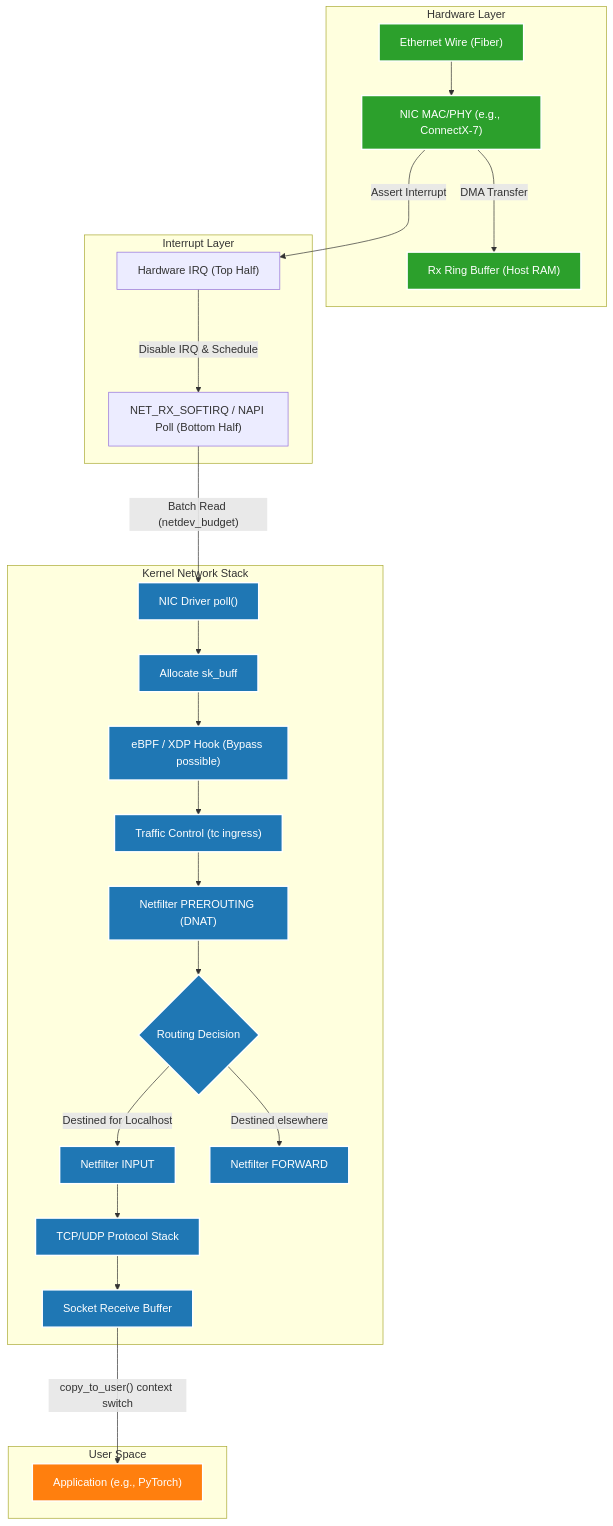
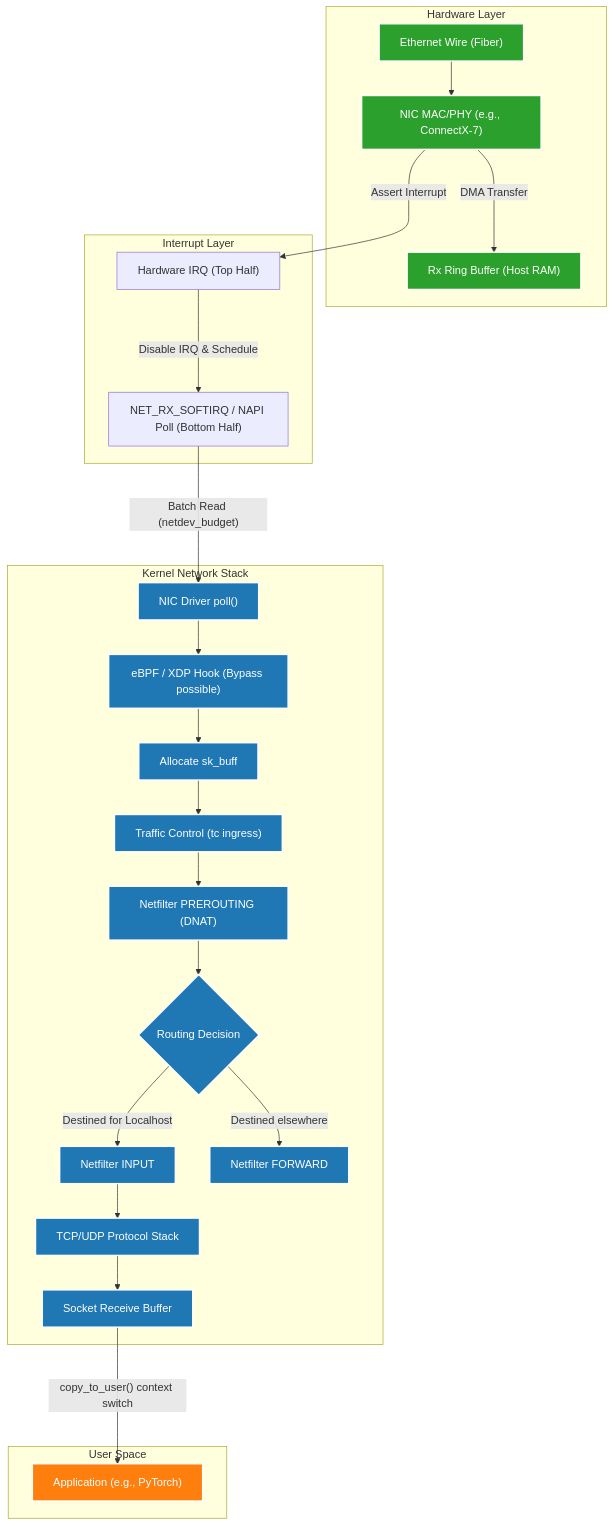
The first of 3 diagrams in docs/volume-01/03-linux-networking-masterclass.md (jithinpnjm/nvidia-devops), drawn with Mermaid before and after one commit. The commit also changed other lines of this file and 289 other files, not shown here.

````diff
--- a/docs/volume-01/03-linux-networking-masterclass.md
+++ b/docs/volume-01/03-linux-networking-masterclass.md
@@ -59,55 +59,55 @@
 ```mermaid
 flowchart TD
     subgraph Hardware["Hardware Layer"]
         Wire["Ethernet Wire (Fiber)"]
         NIC["NIC MAC/PHY (e.g., ConnectX-7)"]
         RxRing["Rx Ring Buffer (Host RAM)"]
     end
 
     subgraph IRQ["Interrupt Layer"]
         HardIRQ["Hardware IRQ (Top Half)"]
         SoftIRQ["NET_RX_SOFTIRQ / NAPI Poll (Bottom Half)"]
     end
 
     subgraph Kernel["Kernel Network Stack"]
         Driver["NIC Driver poll()"]
         SKB["Allocate sk_buff"]
         XDP["eBPF / XDP Hook (Bypass possible)"]
         TC["Traffic Control (tc ingress)"]
         NetfilterPre["Netfilter PREROUTING (DNAT)"]
         Routing{"Routing Decision"}
         NetfilterIn["Netfilter INPUT"]
         NetfilterFwd["Netfilter FORWARD"]
         TCP["TCP/UDP Protocol Stack"]
         SocketBuf["Socket Receive Buffer"]
     end
 
     subgraph User["User Space"]
         App["Application (e.g., PyTorch)"]
     end
 
     Wire --> NIC
     NIC -- "DMA Transfer" ---> RxRing
     NIC -- "Assert Interrupt" ---> HardIRQ
     HardIRQ -- "Disable IRQ & Schedule" ---> SoftIRQ
     SoftIRQ -- "Batch Read (netdev_budget)" ---> Driver
-    Driver --> SKB
-    SKB --> XDP
-    XDP --> TC
+    Driver --> XDP
+    XDP --> SKB
+    SKB --> TC
     TC --> NetfilterPre
     NetfilterPre --> Routing
     
     Routing -- "Destined for Localhost" --> NetfilterIn
     Routing -- "Destined elsewhere" --> NetfilterFwd
     
     NetfilterIn --> TCP
     TCP --> SocketBuf
     SocketBuf -- "copy_to_user() context switch" ---> App
 
     classDef hw fill:#2ca02c,stroke:#fff,stroke-width:2px,color:#fff;
     classDef soft fill:#1f77b4,stroke:#fff,stroke-width:2px,color:#fff;
     classDef user fill:#ff7f0e,stroke:#fff,stroke-width:2px,color:#fff;
     class Wire,NIC,RxRing hw;
     class Driver,SKB,XDP,TC,NetfilterPre,Routing,NetfilterIn,NetfilterFwd,TCP,SocketBuf soft;
     class App user;
 ```
````
